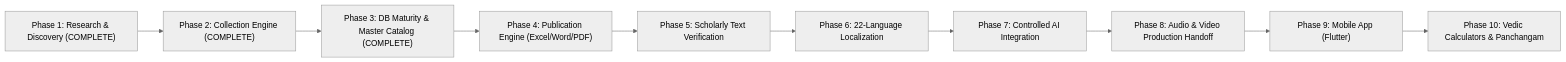
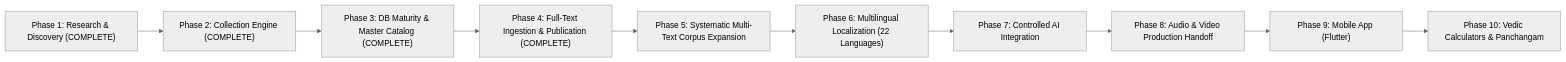
The second of 2 diagrams in documentation/project_roadmap/MASTER_PLAN.md (thegr8gv1/vedam), drawn with Mermaid (neutral theme) before and after one commit. The commit also changed other lines of this file and 23 other files, not shown here.

Commit message:
Complete Phase 4: Full-text pilot ingestion, 11-sheet Excel, Word manuscripts, Nirmala UI Indic PDF publishing, and 15-rule publication quality gate

````diff
--- a/documentation/project_roadmap/MASTER_PLAN.md
+++ b/documentation/project_roadmap/MASTER_PLAN.md
@@ -63,12 +63,12 @@
 ```mermaid
 flowchart LR
     P1["Phase 1: Research & Discovery (COMPLETE)"] --> P2["Phase 2: Collection Engine (COMPLETE)"]
     P2 --> P3["Phase 3: DB Maturity & Master Catalog (COMPLETE)"]
-    P3 --> P4["Phase 4: Publication Engine (Excel/Word/PDF)"]
-    P4 --> P5["Phase 5: Scholarly Text Verification"]
-    P5 --> P6["Phase 6: 22-Language Localization"]
+    P3 --> P4["Phase 4: Full-Text Ingestion & Publication (COMPLETE)"]
+    P4 --> P5["Phase 5: Systematic Multi-Text Corpus Expansion"]
+    P5 --> P6["Phase 6: Multilingual Localization (22 Languages)"]
     P6 --> P7["Phase 7: Controlled AI Integration"]
     P7 --> P8["Phase 8: Audio & Video Production Handoff"]
     P8 --> P9["Phase 9: Mobile App (Flutter)"]
     P9 --> P10["Phase 10: Vedic Calculators & Panchangam"]
 ```
````
